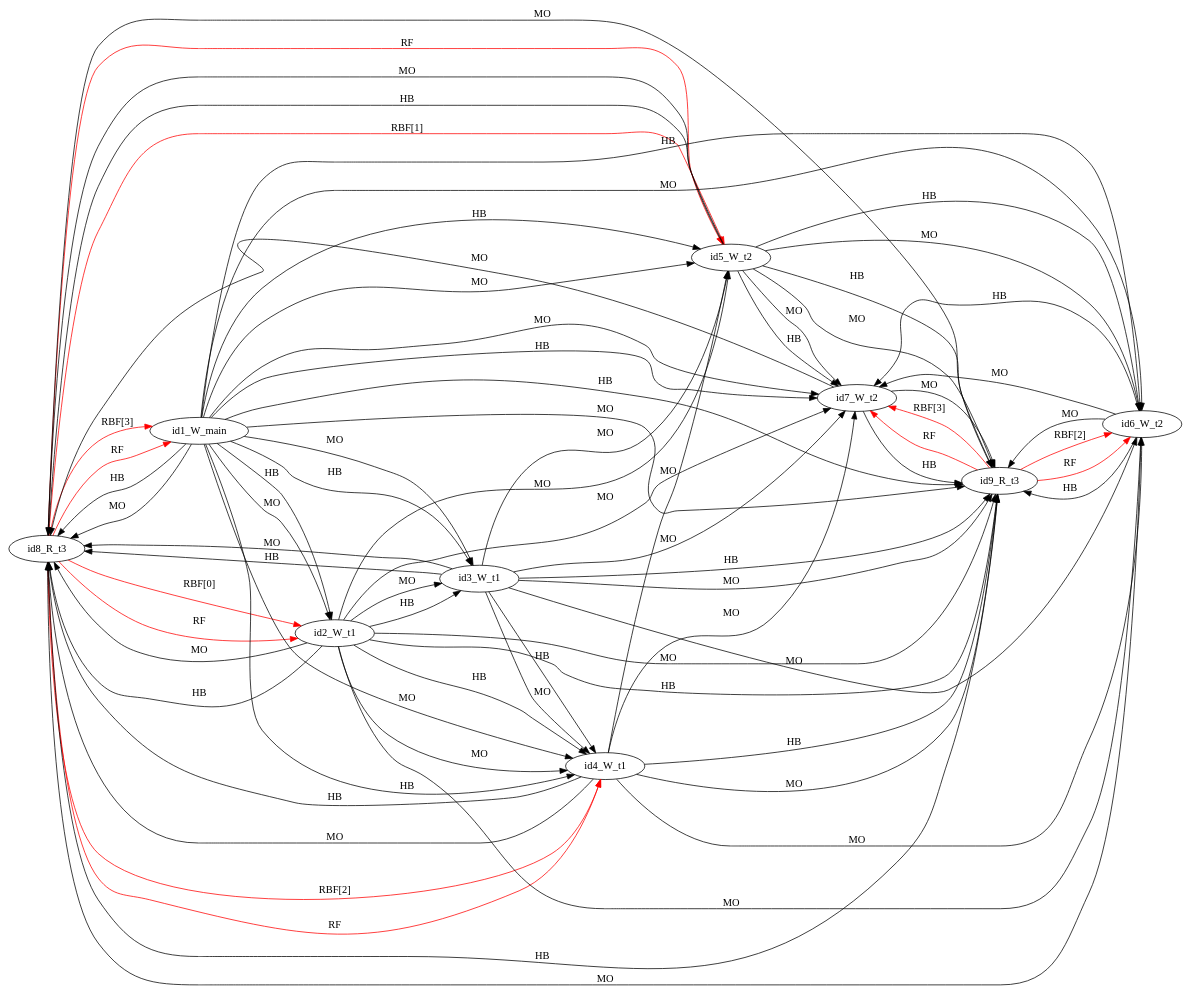
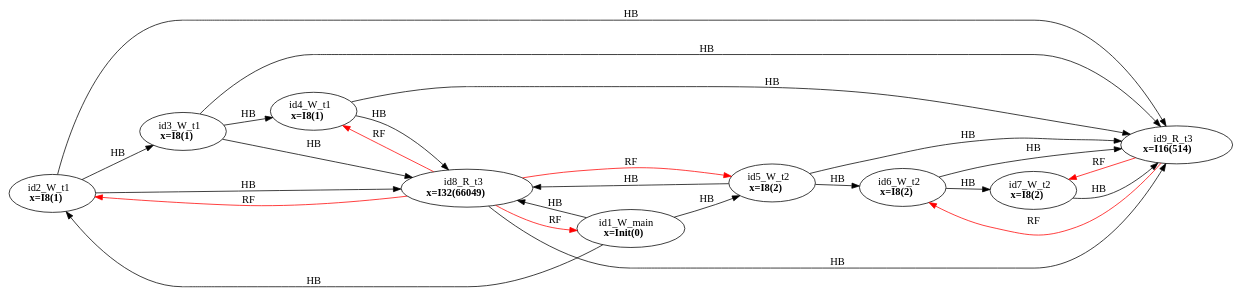
One commit to FMJS/EMME changed the diagram in examples/single_var/sv_simple19/mm47.dot. Above: the diagram before and after it, drawn with Graphviz. The commit also changed 528 other files, not shown here.

```diff
--- a/examples/single_var/sv_simple19/mm47.dot
+++ b/examples/single_var/sv_simple19/mm47.dot
@@ -1,76 +1,37 @@
 digraph memory_model {
 rankdir=LR;
-id8_R_t3 -> id1_W_main [label = "RBF[3]", color="red"];
-id8_R_t3 -> id2_W_t1 [label = "RBF[0]", color="red"];
-id8_R_t3 -> id4_W_t1 [label = "RBF[2]", color="red"];
-id8_R_t3 -> id5_W_t2 [label = "RBF[1]", color="red"];
-id9_R_t3 -> id6_W_t2 [label = "RBF[2]", color="red"];
-id9_R_t3 -> id7_W_t2 [label = "RBF[3]", color="red"];
-id8_R_t3 -> id1_W_main [label = "RF", color="red"];
-id8_R_t3 -> id2_W_t1 [label = "RF", color="red"];
-id8_R_t3 -> id4_W_t1 [label = "RF", color="red"];
-id8_R_t3 -> id5_W_t2 [label = "RF", color="red"];
-id9_R_t3 -> id6_W_t2 [label = "RF", color="red"];
-id9_R_t3 -> id7_W_t2 [label = "RF", color="red"];
+splines=true; esep=0.5;
 id2_W_t1 -> id3_W_t1 [label = "HB", color="black"];
-id2_W_t1 -> id4_W_t1 [label = "HB", color="black"];
 id3_W_t1 -> id4_W_t1 [label = "HB", color="black"];
 id5_W_t2 -> id6_W_t2 [label = "HB", color="black"];
-id5_W_t2 -> id7_W_t2 [label = "HB", color="black"];
 id6_W_t2 -> id7_W_t2 [label = "HB", color="black"];
 id8_R_t3 -> id9_R_t3 [label = "HB", color="black"];
 id1_W_main -> id2_W_t1 [label = "HB", color="black"];
-id1_W_main -> id3_W_t1 [label = "HB", color="black"];
-id1_W_main -> id4_W_t1 [label = "HB", color="black"];
 id1_W_main -> id5_W_t2 [label = "HB", color="black"];
-id1_W_main -> id6_W_t2 [label = "HB", color="black"];
-id1_W_main -> id7_W_t2 [label = "HB", color="black"];
 id1_W_main -> id8_R_t3 [label = "HB", color="black"];
-id1_W_main -> id9_R_t3 [label = "HB", color="black"];
 id2_W_t1 -> id8_R_t3 [label = "HB", color="black"];
 id2_W_t1 -> id9_R_t3 [label = "HB", color="black"];
 id3_W_t1 -> id8_R_t3 [label = "HB", color="black"];
 id3_W_t1 -> id9_R_t3 [label = "HB", color="black"];
 id4_W_t1 -> id8_R_t3 [label = "HB", color="black"];
 id4_W_t1 -> id9_R_t3 [label = "HB", color="black"];
 id5_W_t2 -> id8_R_t3 [label = "HB", color="black"];
 id5_W_t2 -> id9_R_t3 [label = "HB", color="black"];
 id6_W_t2 -> id9_R_t3 [label = "HB", color="black"];
 id7_W_t2 -> id9_R_t3 [label = "HB", color="black"];
-id2_W_t1 -> id3_W_t1 [label = "MO", color="black"];
-id2_W_t1 -> id4_W_t1 [label = "MO", color="black"];
-id3_W_t1 -> id4_W_t1 [label = "MO", color="black"];
-id5_W_t2 -> id6_W_t2 [label = "MO", color="black"];
-id5_W_t2 -> id7_W_t2 [label = "MO", color="black"];
-id6_W_t2 -> id7_W_t2 [label = "MO", color="black"];
-id8_R_t3 -> id9_R_t3 [label = "MO", color="black"];
-id1_W_main -> id2_W_t1 [label = "MO", color="black"];
-id1_W_main -> id3_W_t1 [label = "MO", color="black"];
-id1_W_main -> id4_W_t1 [label = "MO", color="black"];
-id1_W_main -> id5_W_t2 [label = "MO", color="black"];
-id1_W_main -> id6_W_t2 [label = "MO", color="black"];
-id1_W_main -> id7_W_t2 [label = "MO", color="black"];
-id1_W_main -> id8_R_t3 [label = "MO", color="black"];
-id1_W_main -> id9_R_t3 [label = "MO", color="black"];
-id2_W_t1 -> id5_W_t2 [label = "MO", color="black"];
-id2_W_t1 -> id6_W_t2 [label = "MO", color="black"];
-id2_W_t1 -> id7_W_t2 [label = "MO", color="black"];
-id2_W_t1 -> id8_R_t3 [label = "MO", color="black"];
-id2_W_t1 -> id9_R_t3 [label = "MO", color="black"];
-id3_W_t1 -> id5_W_t2 [label = "MO", color="black"];
-id3_W_t1 -> id6_W_t2 [label = "MO", color="black"];
-id3_W_t1 -> id7_W_t2 [label = "MO", color="black"];
-id3_W_t1 -> id8_R_t3 [label = "MO", color="black"];
-id3_W_t1 -> id9_R_t3 [label = "MO", color="black"];
-id4_W_t1 -> id5_W_t2 [label = "MO", color="black"];
-id4_W_t1 -> id6_W_t2 [label = "MO", color="black"];
-id4_W_t1 -> id7_W_t2 [label = "MO", color="black"];
-id4_W_t1 -> id8_R_t3 [label = "MO", color="black"];
-id4_W_t1 -> id9_R_t3 [label = "MO", color="black"];
-id5_W_t2 -> id8_R_t3 [label = "MO", color="black"];
-id5_W_t2 -> id9_R_t3 [label = "MO", color="black"];
-id6_W_t2 -> id8_R_t3 [label = "MO", color="black"];
-id6_W_t2 -> id9_R_t3 [label = "MO", color="black"];
-id7_W_t2 -> id8_R_t3 [label = "MO", color="black"];
-id7_W_t2 -> id9_R_t3 [label = "MO", color="black"];
+id8_R_t3 -> id1_W_main [label = "RF", color="red"];
+id8_R_t3 -> id2_W_t1 [label = "RF", color="red"];
+id8_R_t3 -> id4_W_t1 [label = "RF", color="red"];
+id8_R_t3 -> id5_W_t2 [label = "RF", color="red"];
+id9_R_t3 -> id6_W_t2 [label = "RF", color="red"];
+id9_R_t3 -> id7_W_t2 [label = "RF", color="red"];
+id1_W_main [label=<id1_W_main<br/><B>x=Init(0)</B>>, pos="5.0,6!"]
+id2_W_t1 [label=<id2_W_t1<br/><B>x=I8(1)</B>>, pos="0,4!"]
+id3_W_t1 [label=<id3_W_t1<br/><B>x=I8(1)</B>>, pos="0,2!"]
+id4_W_t1 [label=<id4_W_t1<br/><B>x=I8(1)</B>>, pos="0,0!"]
+id5_W_t2 [label=<id5_W_t2<br/><B>x=I8(2)</B>>, pos="5,4!"]
+id6_W_t2 [label=<id6_W_t2<br/><B>x=I8(2)</B>>, pos="5,2!"]
+id7_W_t2 [label=<id7_W_t2<br/><B>x=I8(2)</B>>, pos="5,0!"]
+id8_R_t3 [label=<id8_R_t3<br/><B>x=I32(66049)</B>>, pos="10,4!"]
+id9_R_t3 [label=<id9_R_t3<br/><B>x=I16(514)</B>>, pos="10,2!"]
 }
```
